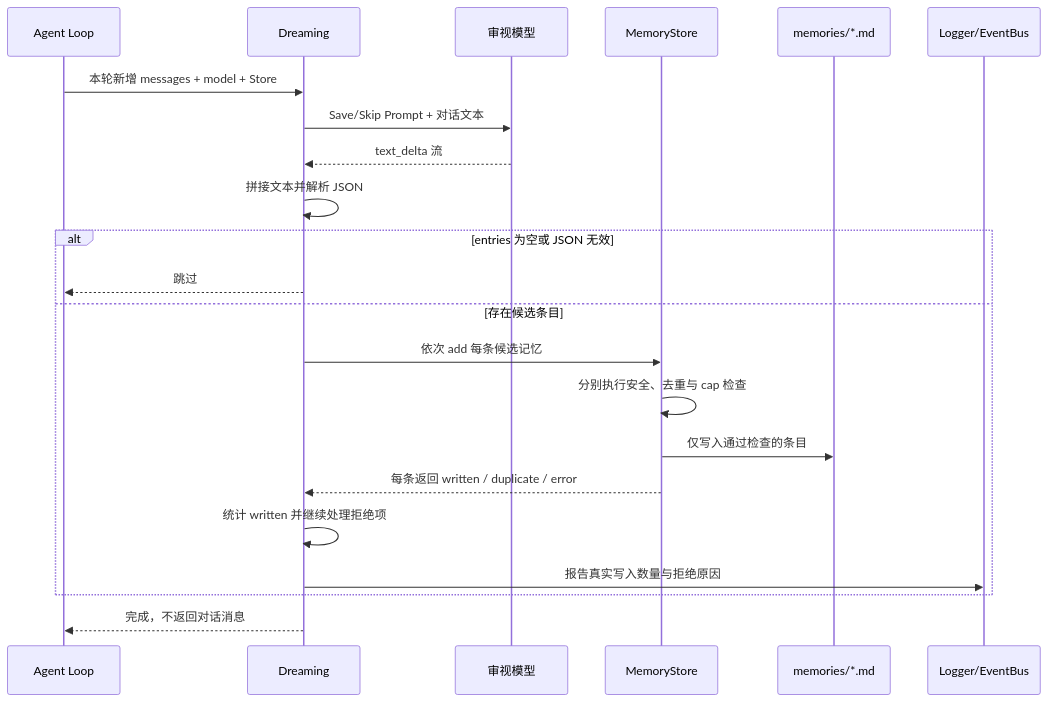
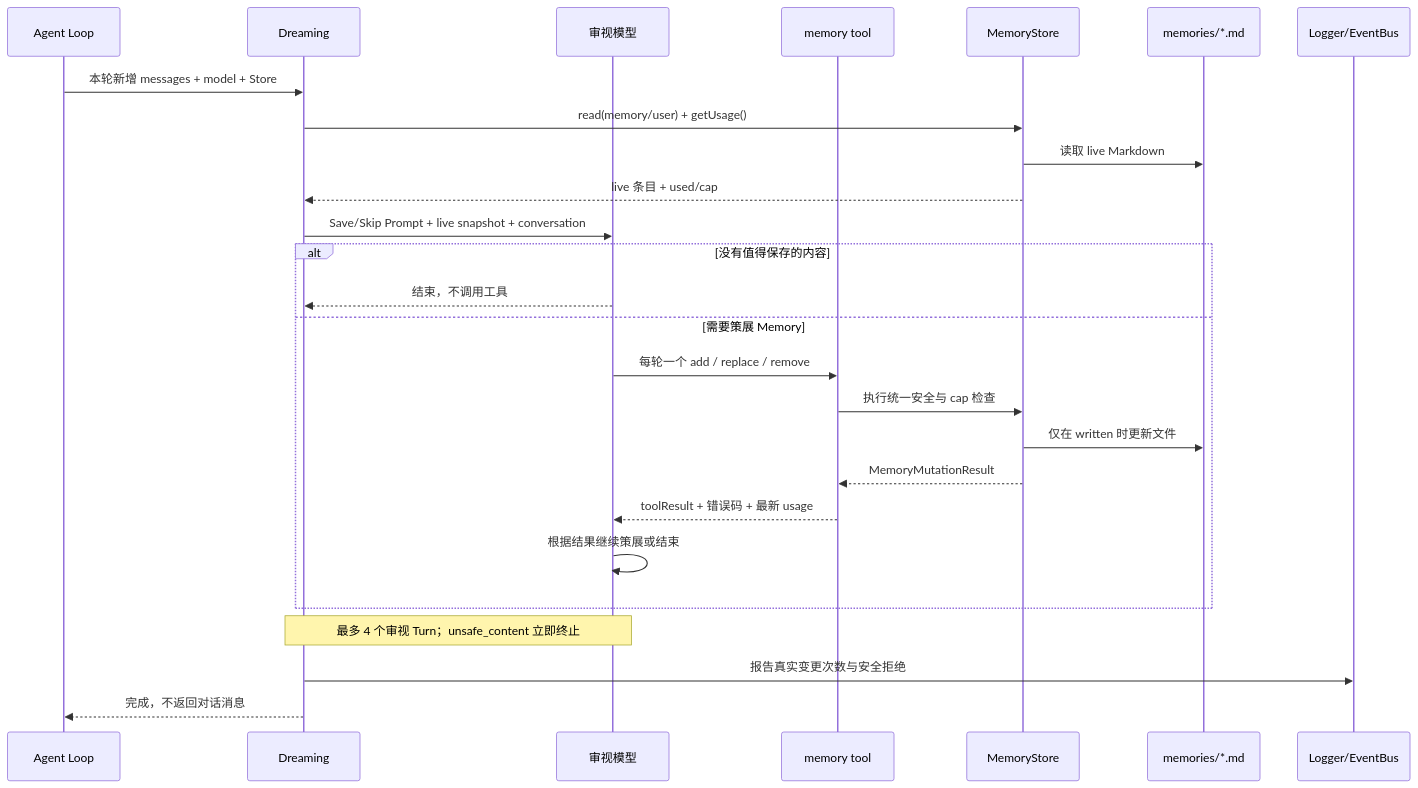
Before and after one commit to LunaticPum/vivlos: the fourth of 7 diagrams in vivlos/docs/memory/memory.md, drawn with Mermaid. The commit also changed other lines of this file and 7 other files, not shown here.

````diff
--- a/vivlos/docs/memory/memory.md
+++ b/vivlos/docs/memory/memory.md
@@ -417,25 +420,29 @@
 ```mermaid
 sequenceDiagram
     participant Agent as Agent Loop
     participant Dream as Dreaming
-    participant LLM as 审视模型
+    participant Review as 审视模型
+    participant Tool as memory tool
     participant Store as MemoryStore
     participant Disk as memories/*.md
     participant Log as Logger/EventBus
 
     Agent->>Dream: 本轮新增 messages + model + Store
-    Dream->>LLM: Save/Skip Prompt + 对话文本
-    LLM-->>Dream: text_delta 流
-    Dream->>Dream: 拼接文本并解析 JSON
-    alt entries 为空或 JSON 无效
-        Dream-->>Agent: 跳过
-    else 存在候选条目
-        Dream->>Store: 依次 add 每条候选记忆
-        Store->>Store: 分别执行安全、去重与 cap 检查
-        Store->>Disk: 仅写入通过检查的条目
-        Store-->>Dream: 每条返回 written / duplicate / error
-        Dream->>Dream: 统计 written 并继续处理拒绝项
-        Dream->>Log: 报告真实写入数量与拒绝原因
+    Dream->>Store: read(memory/user) + getUsage()
+    Store->>Disk: 读取 live Markdown
+    Store-->>Dream: live 条目 + used/cap
+    Dream->>Review: Save/Skip Prompt + live snapshot + conversation
+    alt 没有值得保存的内容
+        Review-->>Dream: 结束，不调用工具
+    else 需要策展 Memory
+        Review->>Tool: 每轮一个 add / replace / remove
+        Tool->>Store: 执行统一安全与 cap 检查
+        Store->>Disk: 仅在 written 时更新文件
+        Store-->>Tool: MemoryMutationResult
+        Tool-->>Review: toolResult + 错误码 + 最新 usage
+        Review->>Review: 根据结果继续策展或结束
     end
+    Note over Dream,Review: 最多 4 个审视 Turn；unsafe_content 立即终止
+    Dream->>Log: 报告真实变更次数与安全拒绝
     Dream-->>Agent: 完成，不返回对话消息
 ```
````
